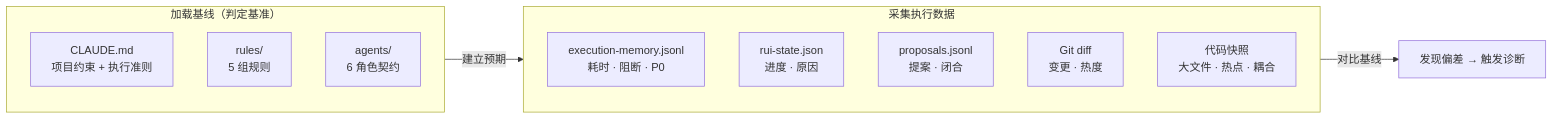
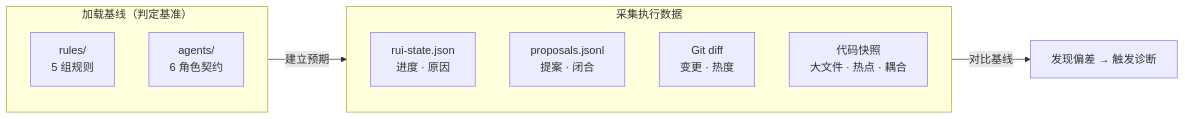
The second of 6 diagrams in agents/self-improve.md (effiy/YrY), drawn with Mermaid before and after one commit. The commit also changed other lines of this file and 42 other files, not shown here.

First line of the commit message:
feat: apply Mermaid authoring rules (M1-M12) across entire codebase

````diff
--- a/agents/self-improve.md
+++ b/agents/self-improve.md
@@ -66,18 +75,19 @@
 ```mermaid
 flowchart LR
     subgraph 基线["加载基线（判定基准）"]
-        B1["CLAUDE.md<br/>项目约束 + 执行准则"]:::src
+        direction TB
         B2["rules/<br/>5 组规则"]:::src
         B3["agents/<br/>6 角色契约"]:::src
     end
     subgraph 执行["采集执行数据"]
-        D1["execution-memory.jsonl<br/>耗时 · 阻断 · P0"]:::data
+        direction TB
         D2["rui-state.json<br/>进度 · 原因"]:::data
         D3["proposals.jsonl<br/>提案 · 闭合"]:::data
         D4["Git diff<br/>变更 · 热度"]:::data
         D5["代码快照<br/>大文件 · 热点 · 耦合"]:::data
     end
     基线 -->|"建立预期"| 执行
     执行 -->|"对比基线"| OUT["发现偏差 → 触发诊断"]:::out
 
+
 ```
````
